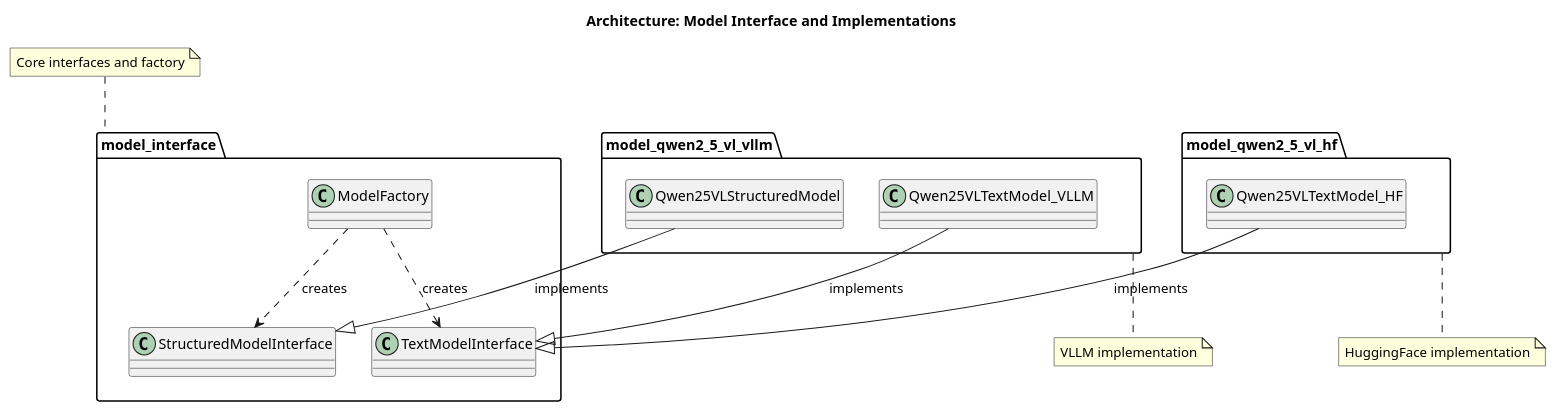
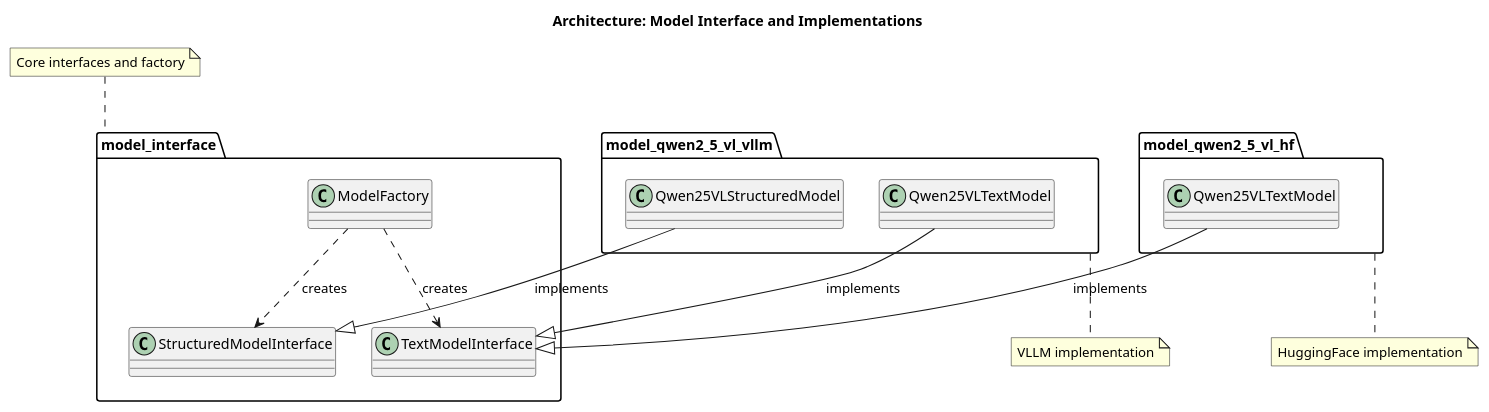
One commit to VLMHyperBenchTeam/vlmhyperbench_playground changed the diagram in docs/architecture/diagrams/model_interface.puml. Above: the diagram before and after it, drawn with PlantUML. The commit also changed 1 other file, not shown here.

Commit message:
docs: обновление диаграммы интерфейса модели и SVG-представления
- Переименованы классы Qwen25VLTextModel_HF и Qwen25VLTextModel_VLLM в Qwen25VLTextModel в PlantUML-диаграмме
- Обновлено SVG-изображение для отражения изменений в диаграмме

```diff
--- a/docs/architecture/diagrams/model_interface.puml
+++ b/docs/architecture/diagrams/model_interface.puml
@@ -1,39 +1,39 @@
 @startuml
 title Architecture: Model Interface and Implementations
 
 ' Устанавливаем вертикальное направление
 top to bottom direction
 
 package "model_interface" as interface_pkg {
   class TextModelInterface
   class StructuredModelInterface
   class ModelFactory
 }
 
 package "model_qwen2_5_vl_hf" as hf_pkg {
-  class Qwen25VLTextModel_HF
+  class "Qwen25VLTextModel" as Qwen25VLTextModel_HF
 }
 
 package "model_qwen2_5_vl_vllm" as vllm_pkg {
-  class Qwen25VLTextModel_VLLM
+  class "Qwen25VLTextModel" as Qwen25VLTextModel_VLLM
   class Qwen25VLStructuredModel
 }
 
 ' Связи реализации
 Qwen25VLTextModel_HF --|> TextModelInterface : implements
 Qwen25VLTextModel_VLLM --|> TextModelInterface : implements
 Qwen25VLStructuredModel --|> StructuredModelInterface : implements
 
 ' Связи фабрики
 ModelFactory ..> TextModelInterface : creates
 ModelFactory ..> StructuredModelInterface : creates
 
 ' Принудительное вертикальное расположение блоков
 interface_pkg -[hidden]d-> hf_pkg
 hf_pkg -[hidden]d-> vllm_pkg
 
 ' Заметки
 note top of interface_pkg : Core interfaces and factory
 note bottom of hf_pkg : HuggingFace implementation
 note bottom of vllm_pkg : VLLM implementation
 @enduml
```
